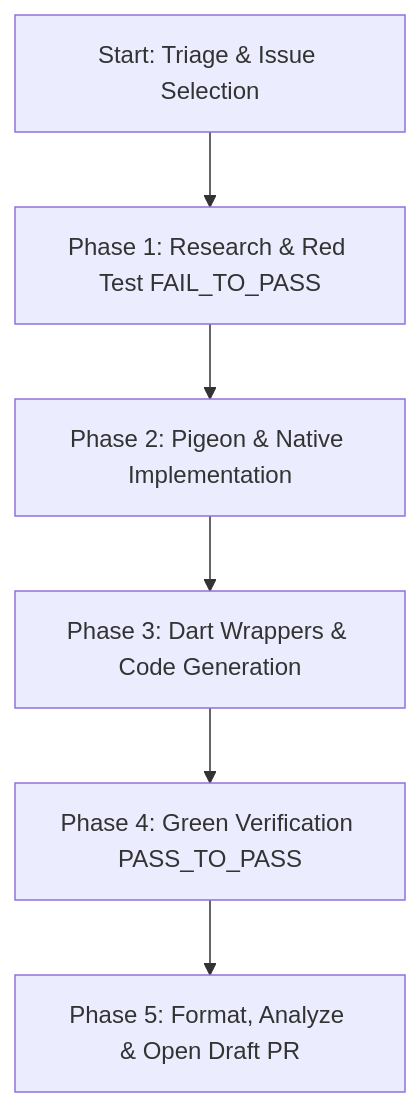
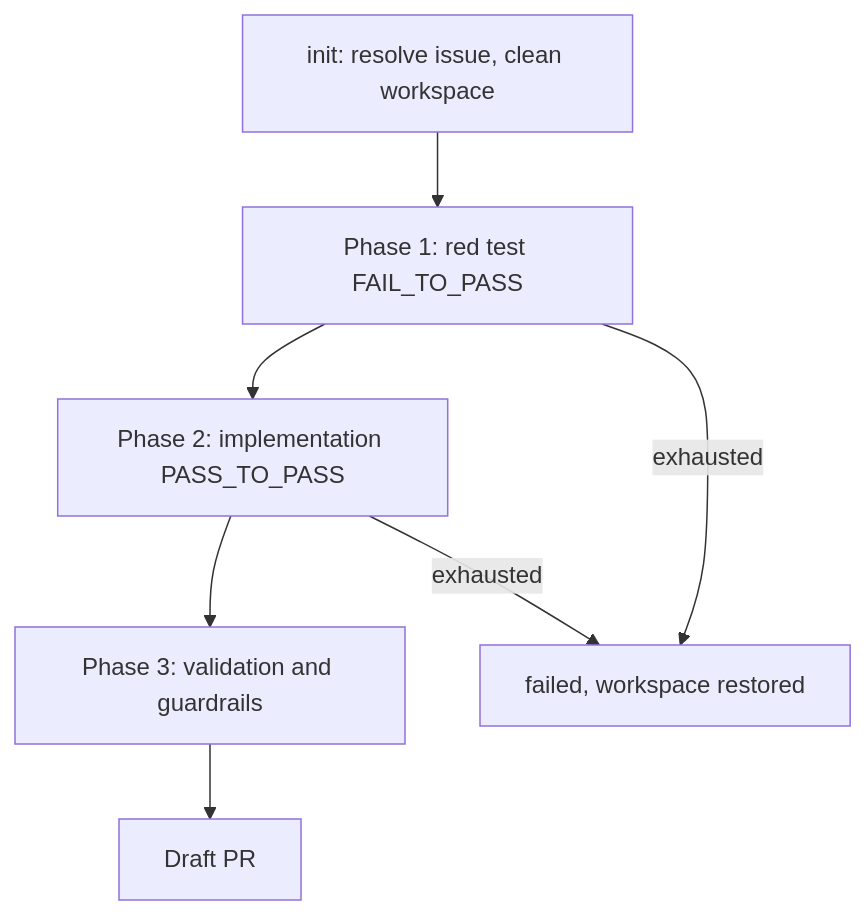
One commit to LouiseHsu/packages changed the second of 2 diagrams in packages/in_app_purchase/in_app_purchase_storekit/.agents/playbook.md. Above: the diagram before and after it, drawn with Mermaid. The commit also changed other lines of this file and 2 other files, not shown here.

````diff
--- a/packages/in_app_purchase/in_app_purchase_storekit/.agents/playbook.md
+++ b/packages/in_app_purchase/in_app_purchase_storekit/.agents/playbook.md
@@ -5,8 +83,9 @@
 ```mermaid
 graph TD
-    A[Start: Triage & Issue Selection] --> B[Phase 1: Research & Red Test FAIL_TO_PASS]
-    B --> C[Phase 2: Pigeon & Native Implementation]
-    C --> D[Phase 3: Dart Wrappers & Code Generation]
-    D --> E[Phase 4: Green Verification PASS_TO_PASS]
-    E --> F[Phase 5: Format, Analyze & Open Draft PR]
+    A[init: resolve issue, clean workspace] --> B[Phase 1: red test FAIL_TO_PASS]
+    B --> C[Phase 2: implementation PASS_TO_PASS]
+    C --> D[Phase 3: validation and guardrails]
+    D --> E[Draft PR]
+    B -->|exhausted| F[failed, workspace restored]
+    C -->|exhausted| F
 ```
````
